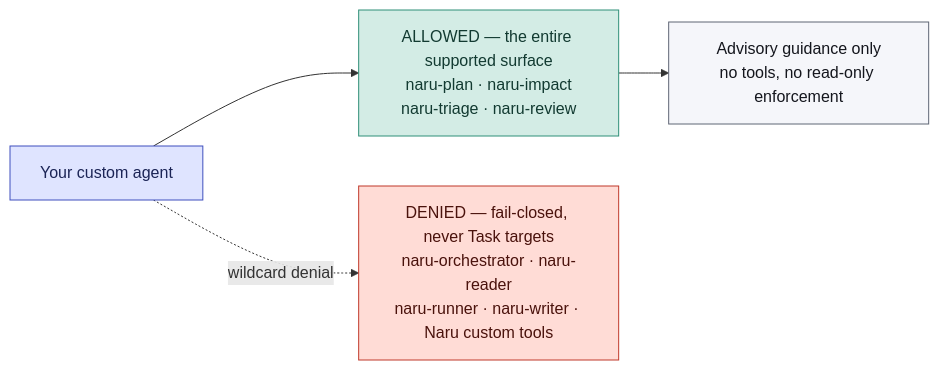
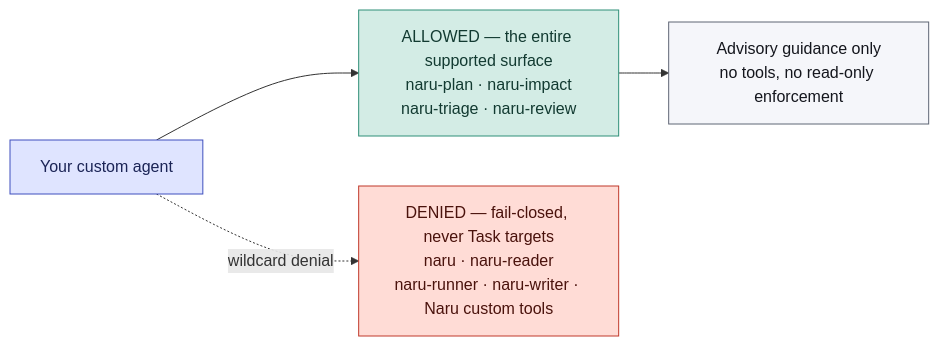
The diagram in docs/agent-integration.md (sean35mm/naru-opencode), drawn with Mermaid before and after one commit. The commit also changed other lines of this file and 27 other files, not shown here.

First line of the commit message:
feat: rename naru-orchestrator agent to naru

````diff
--- a/docs/agent-integration.md
+++ b/docs/agent-integration.md
@@ -41,15 +41,15 @@
 ```mermaid
 flowchart LR
   CA["Your custom agent"]:::entry
   OK["ALLOWED — the entire supported surface<br/>naru-plan · naru-impact<br/>naru-triage · naru-review"]:::read
-  NO["DENIED — fail-closed, never Task targets<br/>naru-orchestrator · naru-reader<br/>naru-runner · naru-writer · Naru custom tools"]:::danger
+  NO["DENIED — fail-closed, never Task targets<br/>naru · naru-reader<br/>naru-runner · naru-writer · Naru custom tools"]:::danger
   G["Advisory guidance only<br/>no tools, no read-only enforcement"]:::artifact
 
   CA --> OK --> G
   CA -.->|"wildcard denial"| NO
 
   classDef entry fill:#dfe4ff,stroke:#3f4fbe,color:#1b2456
   classDef read fill:#d3ece5,stroke:#2f8f78,color:#123a31
   classDef danger fill:#ffdcd6,stroke:#c0392b,color:#4a120c
   classDef artifact fill:#f5f6fa,stroke:#5f6675,color:#14161d
 ```
````
